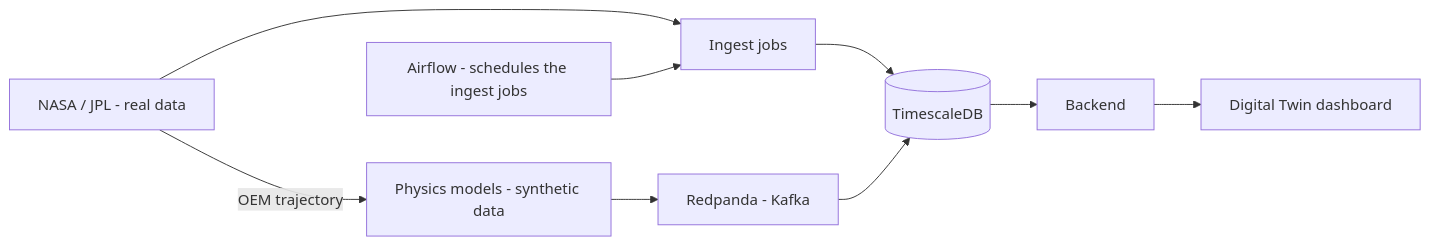
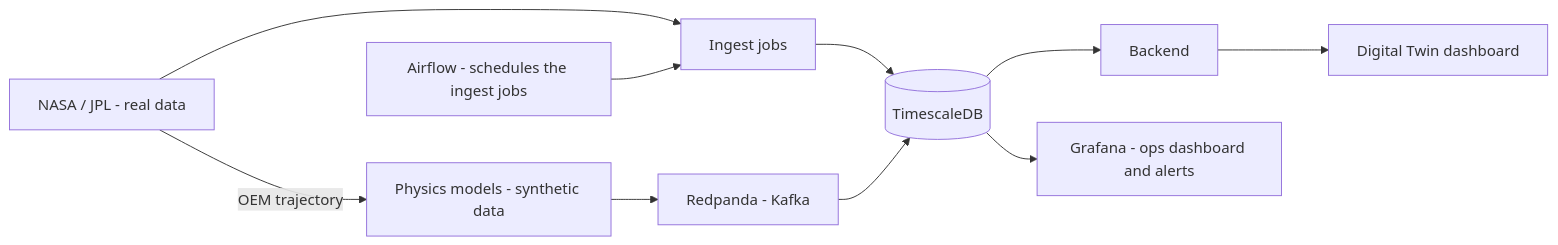
One commit to datatribe-collective-labs/telemetry changed the diagram in README.md. Above: the diagram before and after it, drawn with Mermaid. The commit also changed other lines of this file and 10 other files, not shown here.

````diff
--- a/README.md
+++ b/README.md
@@ -10,20 +48,22 @@
 ```mermaid
 flowchart LR
     NASA["NASA / JPL - real data"]
     Airflow["Airflow - schedules the ingest jobs"]
     Ingest["Ingest jobs"]
     Physics["Physics models - synthetic data"]
     Kafka["Redpanda - Kafka"]
     DB[("TimescaleDB")]
     API["Backend"]
     Twin["Digital Twin dashboard"]
+    Grafana["Grafana - ops dashboard and alerts"]
 
     NASA --> Ingest
     Airflow --> Ingest
     Ingest --> DB
     NASA -- OEM trajectory --> Physics
     Physics --> Kafka
     Kafka --> DB
     DB --> API
     API --> Twin
+    DB --> Grafana
 ```
````
